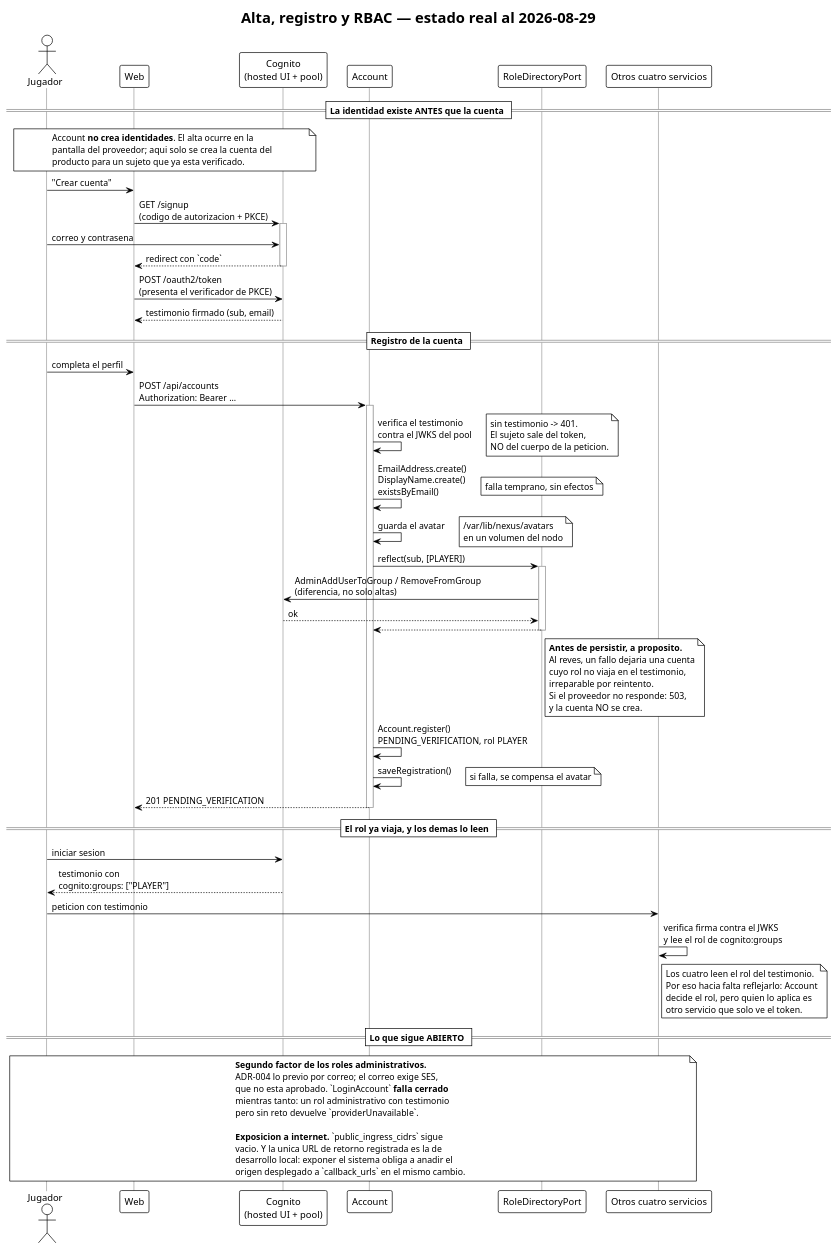
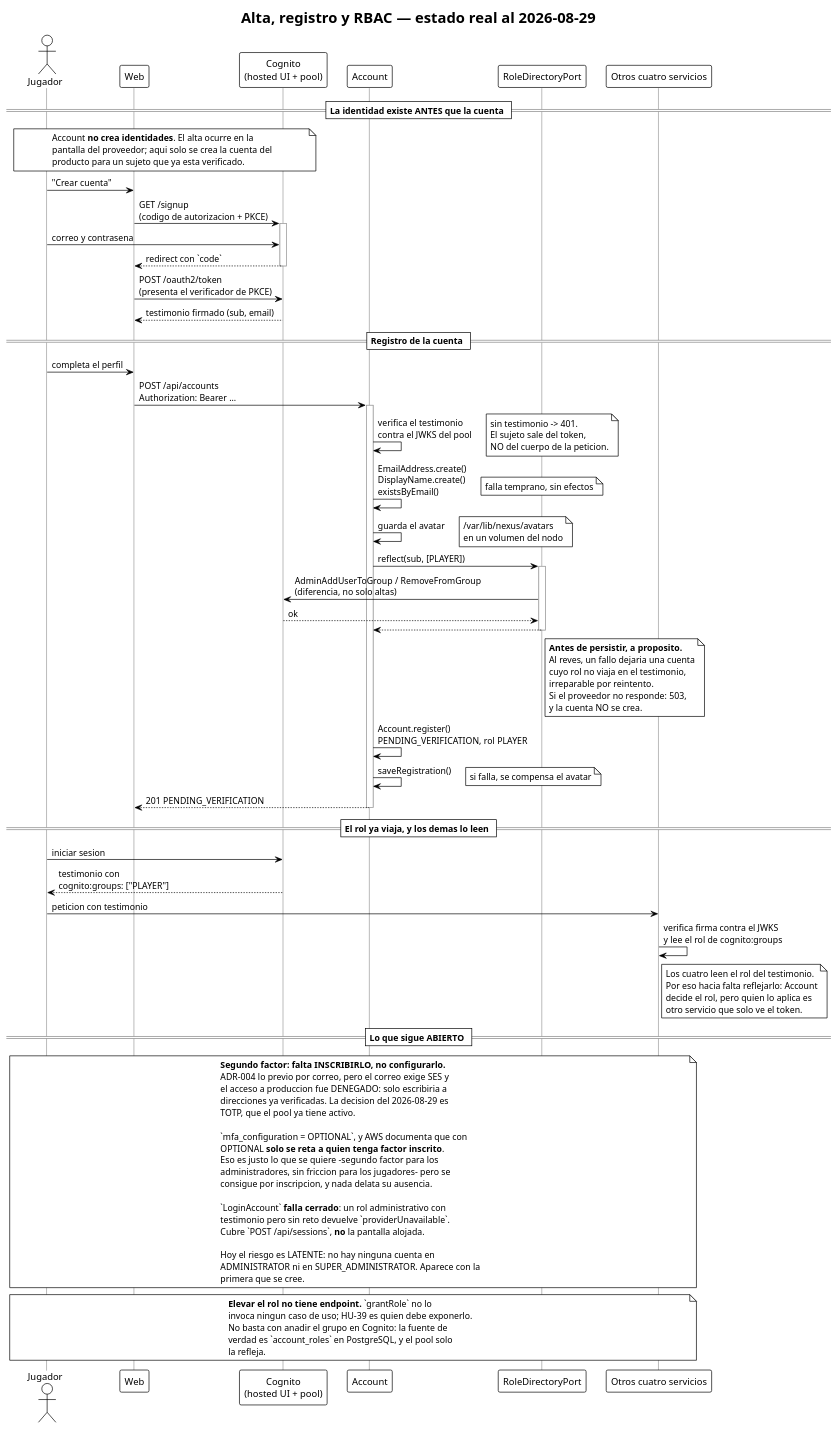
Before and after one commit to Nexus-Battle-VI/Nexus-Battle-Infrastructure: the diagram in docs/diagrams/sequence-login-2fa.puml, drawn with PlantUML.

Commit message:
docs(uml): [ES] el diagrama decia correo, y la decision es TOTP (#35)

```diff
--- a/docs/diagrams/sequence-login-2fa.puml
+++ b/docs/diagrams/sequence-login-2fa.puml
@@ -1,102 +1,119 @@
 @startuml sequence-login-2fa
 !theme plain
 title Alta, registro y RBAC — estado real al 2026-08-29
 
 skinparam defaultFontName sans-serif
 skinparam sequence {
   LifeLineBorderColor #999999
 }
 
 actor Jugador
 participant "Web" as web
 participant "Cognito\n(hosted UI + pool)" as idp
 participant "Account" as account
 participant "RoleDirectoryPort" as roles
 participant "Otros cuatro servicios" as otros
 
 == La identidad existe ANTES que la cuenta ==
 
 note over Jugador, idp
   Account **no crea identidades**. El alta ocurre en la
   pantalla del proveedor; aqui solo se crea la cuenta del
   producto para un sujeto que ya esta verificado.
 end note
 
 Jugador -> web : "Crear cuenta"
 web -> idp : GET /signup\n(codigo de autorizacion + PKCE)
 activate idp
 Jugador -> idp : correo y contrasena
 idp --> web : redirect con `code`
 deactivate idp
 
 web -> idp : POST /oauth2/token\n(presenta el verificador de PKCE)
 idp --> web : testimonio firmado (sub, email)
 
 == Registro de la cuenta ==
 
 Jugador -> web : completa el perfil
 web -> account : POST /api/accounts\nAuthorization: Bearer ...
 activate account
 
 account -> account : verifica el testimonio\ncontra el JWKS del pool
 note right: sin testimonio -> 401.\nEl sujeto sale del token,\nNO del cuerpo de la peticion.
 
 account -> account : EmailAddress.create()\nDisplayName.create()\nexistsByEmail()
 note right: falla temprano, sin efectos
 
 account -> account : guarda el avatar
 note right: /var/lib/nexus/avatars\nen un volumen del nodo
 
 account -> roles : reflect(sub, [PLAYER])
 activate roles
 roles -> idp : AdminAddUserToGroup / RemoveFromGroup\n(diferencia, no solo altas)
 idp --> roles : ok
 roles --> account
 deactivate roles
 
 note right of roles
   **Antes de persistir, a proposito.**
   Al reves, un fallo dejaria una cuenta
   cuyo rol no viaja en el testimonio,
   irreparable por reintento.
   Si el proveedor no responde: 503,
   y la cuenta NO se crea.
 end note
 
 account -> account : Account.register()\nPENDING_VERIFICATION, rol PLAYER
 account -> account : saveRegistration()
 note right: si falla, se compensa el avatar
 
 account --> web : 201 PENDING_VERIFICATION
 deactivate account
 
 == El rol ya viaja, y los demas lo leen ==
 
 Jugador -> idp : iniciar sesion
 idp --> Jugador : testimonio con\ncognito:groups: ["PLAYER"]
 
 Jugador -> otros : peticion con testimonio
 otros -> otros : verifica firma contra el JWKS\ny lee el rol de cognito:groups
 note right of otros
   Los cuatro leen el rol del testimonio.
   Por eso hacia falta reflejarlo: Account
   decide el rol, pero quien lo aplica es
   otro servicio que solo ve el token.
 end note
 
 == Lo que sigue ABIERTO ==
 
 note over Jugador, otros
-  **Segundo factor de los roles administrativos.**
-  ADR-004 lo previo por correo; el correo exige SES,
-  que no esta aprobado. `LoginAccount` **falla cerrado**
-  mientras tanto: un rol administrativo con testimonio
-  pero sin reto devuelve `providerUnavailable`.
+  **Segundo factor: falta INSCRIBIRLO, no configurarlo.**
+  ADR-004 lo previo por correo, pero el correo exige SES y
+  el acceso a produccion fue DENEGADO: solo escribiria a
+  direcciones ya verificadas. La decision del 2026-08-29 es
+  TOTP, que el pool ya tiene activo.
 
-  **Exposicion a internet.** `public_ingress_cidrs` sigue
-  vacio. Y la unica URL de retorno registrada es la de
-  desarrollo local: exponer el sistema obliga a anadir el
-  origen desplegado a `callback_urls` en el mismo cambio.
+  `mfa_configuration = OPTIONAL`, y AWS documenta que con
+  OPTIONAL **solo se reta a quien tenga factor inscrito**.
+  Eso es justo lo que se quiere -segundo factor para los
+  administradores, sin friccion para los jugadores- pero se
+  consigue por inscripcion, y nada delata su ausencia.
+
+  `LoginAccount` **falla cerrado**: un rol administrativo con
+  testimonio pero sin reto devuelve `providerUnavailable`.
+  Cubre `POST /api/sessions`, **no** la pantalla alojada.
+
+  Hoy el riesgo es LATENTE: no hay ninguna cuenta en
+  ADMINISTRATOR ni en SUPER_ADMINISTRATOR. Aparece con la
+  primera que se cree.
+end note
+
+note over Jugador, otros
+  **Elevar el rol no tiene endpoint.** `grantRole` no lo
+  invoca ningun caso de uso; HU-39 es quien debe exponerlo.
+  No basta con anadir el grupo en Cognito: la fuente de
+  verdad es `account_roles` en PostgreSQL, y el pool solo
+  la refleja.
 end note
 
 @enduml
```
